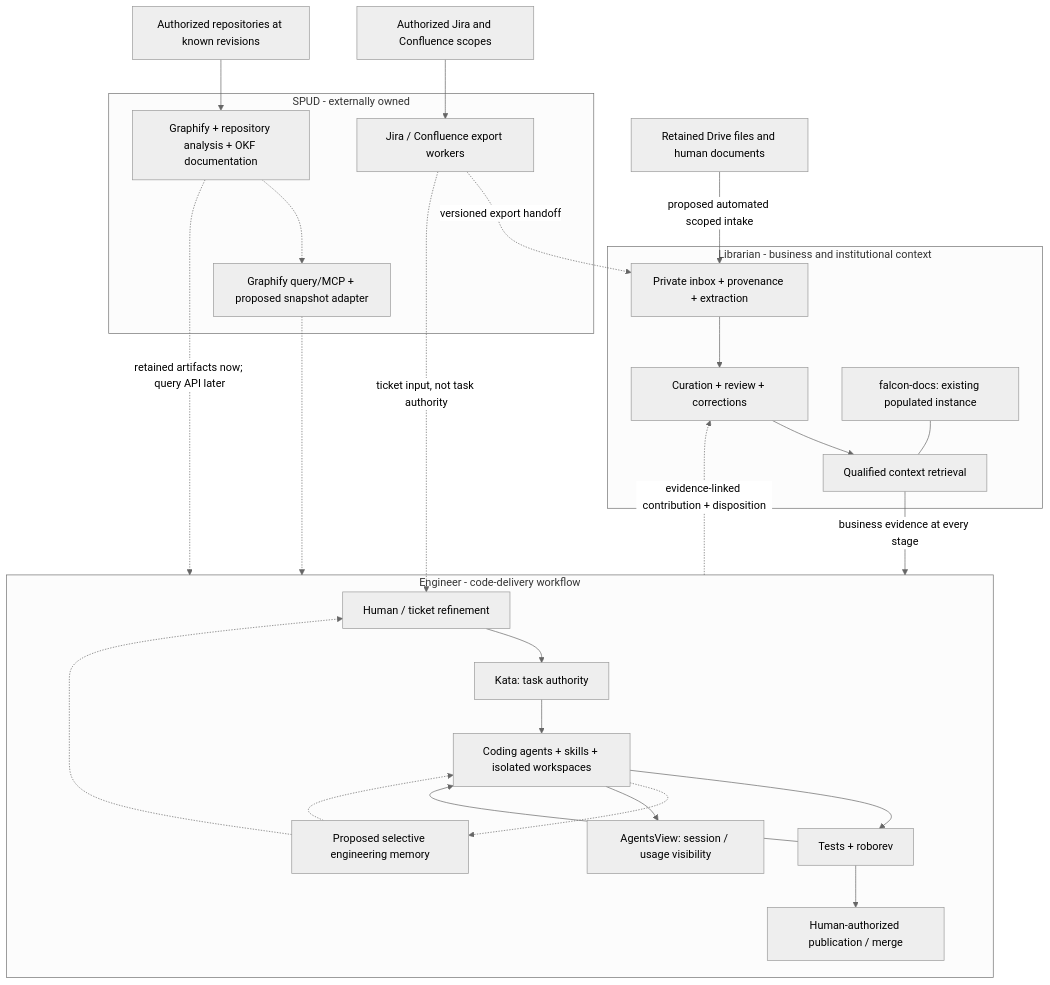
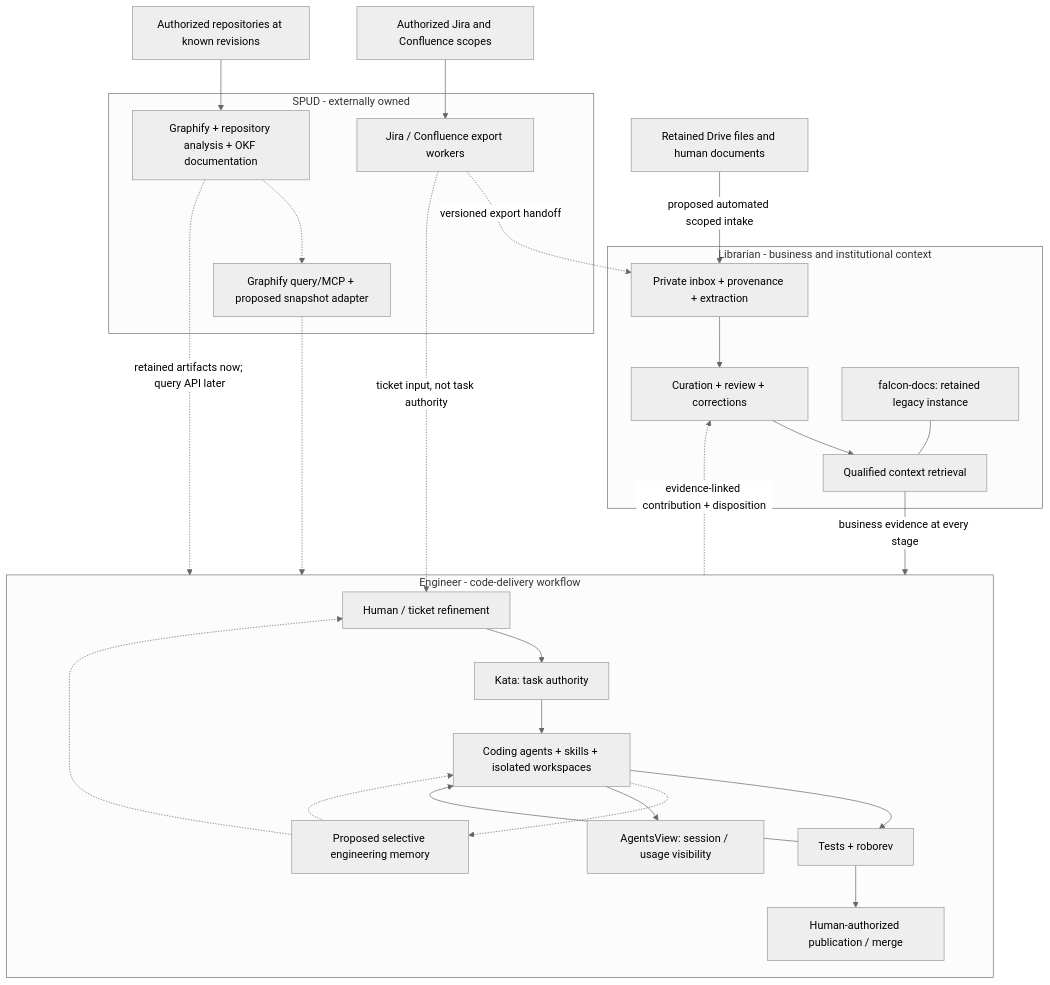
Before and after one commit to GSA/the_engineer: the first of 3 diagrams in context/system-architecture.md, drawn with Mermaid (neutral theme). The commit also changed other lines of this file and 3 other files, not shown here.

````diff
--- a/context/system-architecture.md
+++ b/context/system-architecture.md
@@ -230,48 +254,48 @@
 ```mermaid
 flowchart TB
     atlassian["Authorized Jira and Confluence scopes"]
     documents["Retained Drive files and human documents"]
     repos["Authorized repositories at known revisions"]
 
     subgraph spud["SPUD - externally owned"]
         acquire["Jira / Confluence export workers"]
         code["Graphify + repository analysis + OKF documentation"]
         query["Graphify query/MCP + proposed snapshot adapter"]
         code -.-> query
     end
 
     subgraph librarian["Librarian - business and institutional context"]
         intake["Private inbox + provenance + extraction"]
         curate["Curation + review + corrections"]
         retrieve["Qualified context retrieval"]
-        falcon["falcon-docs: existing populated instance"]
+        falcon["falcon-docs: retained legacy instance"]
         intake --> curate --> retrieve
         falcon --- retrieve
     end
 
     subgraph engineer["Engineer - code-delivery workflow"]
         refine["Human / ticket refinement"]
         tasks["Kata: task authority"]
         bots["Coding agents + skills + isolated workspaces"]
         review["Tests + roborev"]
         land["Human-authorized publication / merge"]
         memory["Proposed selective engineering memory"]
         visibility["AgentsView: session / usage visibility"]
         refine --> tasks --> bots --> review --> land
         review --> bots
         memory -.-> refine
         memory -.-> bots
         bots -.-> memory
         bots --> visibility
     end
 
     atlassian --> acquire
     documents -->|"proposed automated scoped intake"| intake
     acquire -.->|"versioned export handoff"| intake
     acquire -.->|"ticket input, not task authority"| refine
     repos --> code
     retrieve -->|"business evidence at every stage"| engineer
     code -.->|"retained artifacts now; query API later"| engineer
     query -.-> engineer
     engineer -.->|"evidence-linked contribution + disposition"| curate
 ```
````
